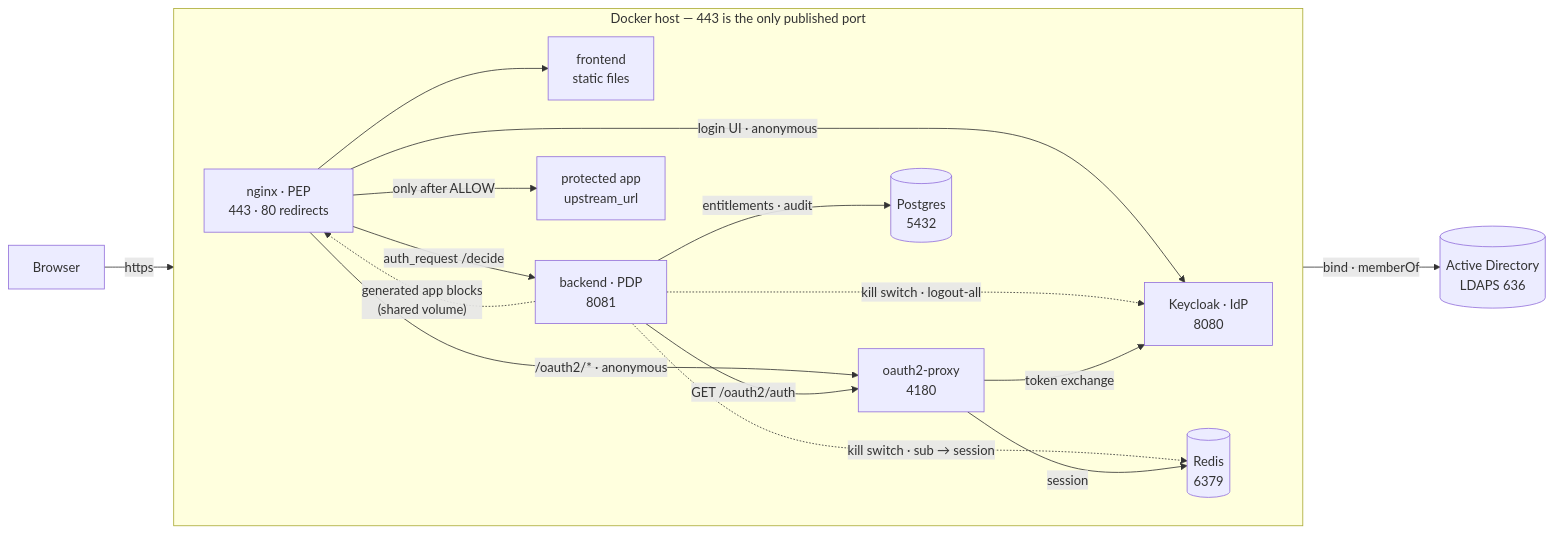
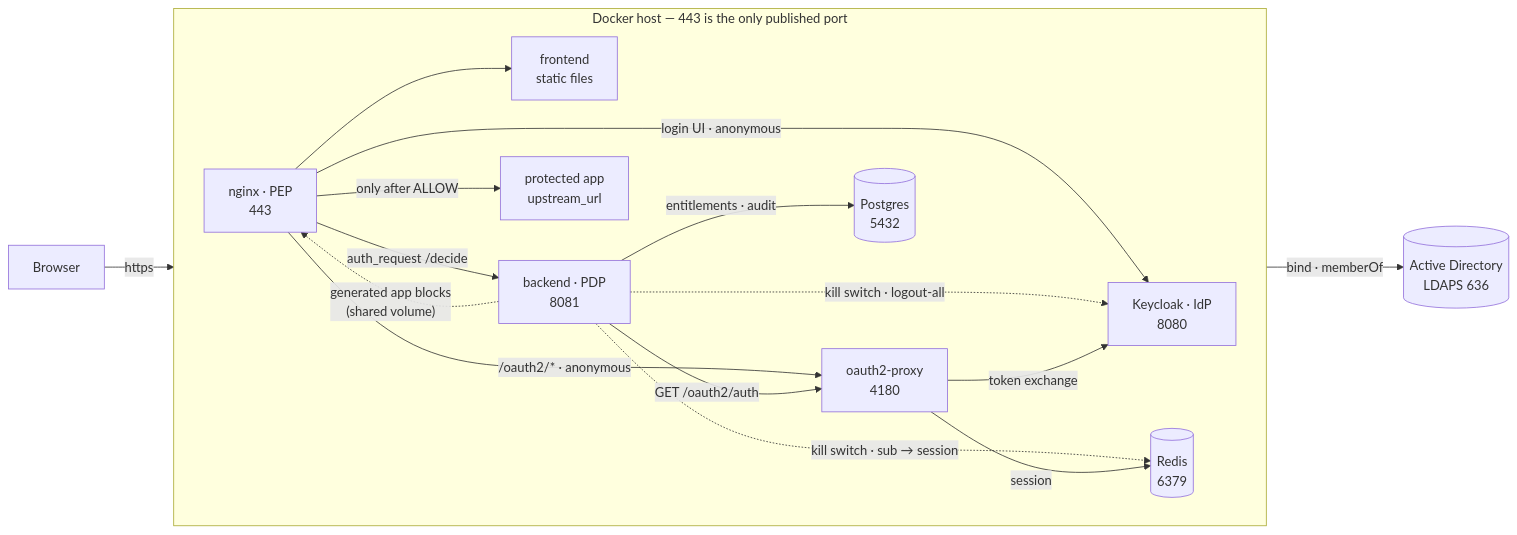
Before and after one commit to murat-akpinar/OpenBerat: the diagram in README.md, drawn with Mermaid. The commit also changed other lines of this file and 4 other files, not shown here.

````diff
--- a/README.md
+++ b/README.md
@@ -53,33 +53,33 @@
 ```mermaid
 flowchart LR
     browser["Browser"]
 
     subgraph host["Docker host — 443 is the only published port"]
         direction LR
-        nginx["nginx · PEP<br>443 · 80 redirects"]
+        nginx["nginx · PEP<br>443"]
         frontend["frontend<br>static files"]
         backend["backend · PDP<br>8081"]
         o2p["oauth2-proxy<br>4180"]
         kc["Keycloak · IdP<br>8080"]
         pg[("Postgres<br>5432")]
         redis[("Redis<br>6379")]
         app["protected app<br>upstream_url"]
     end
 
     ad[("Active Directory<br>LDAPS 636")]
 
     browser -->|https| nginx
     nginx --> frontend
     nginx -->|"auth_request /decide"| backend
     nginx -->|"/oauth2/* · anonymous"| o2p
     nginx -->|"login UI · anonymous"| kc
     nginx -->|"only after ALLOW"| app
     backend -->|"GET /oauth2/auth"| o2p
     backend -->|"entitlements · audit"| pg
     backend -.->|"kill switch · sub → session"| redis
     backend -.->|"kill switch · logout-all"| kc
     backend -.->|"generated app blocks<br>(shared volume)"| nginx
     o2p -->|session| redis
     o2p -->|"token exchange"| kc
     kc -->|"bind · memberOf"| ad
 ```
````
